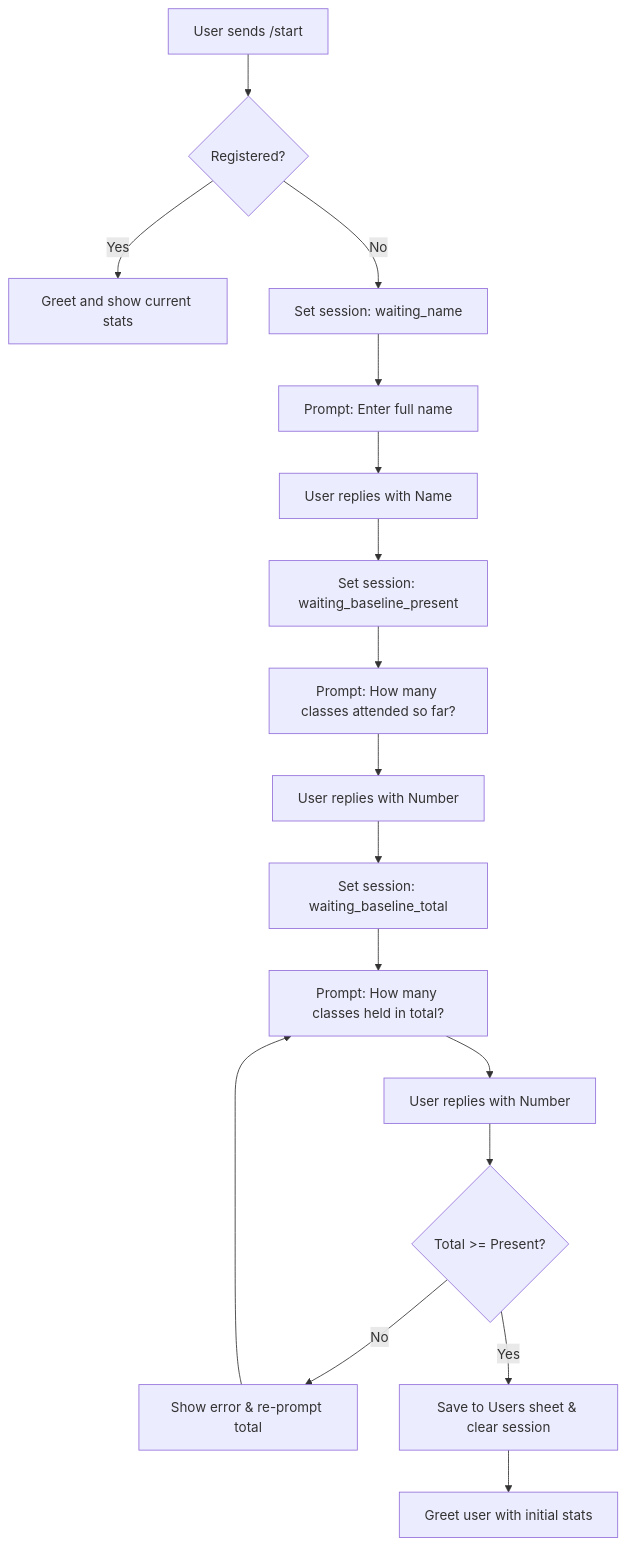
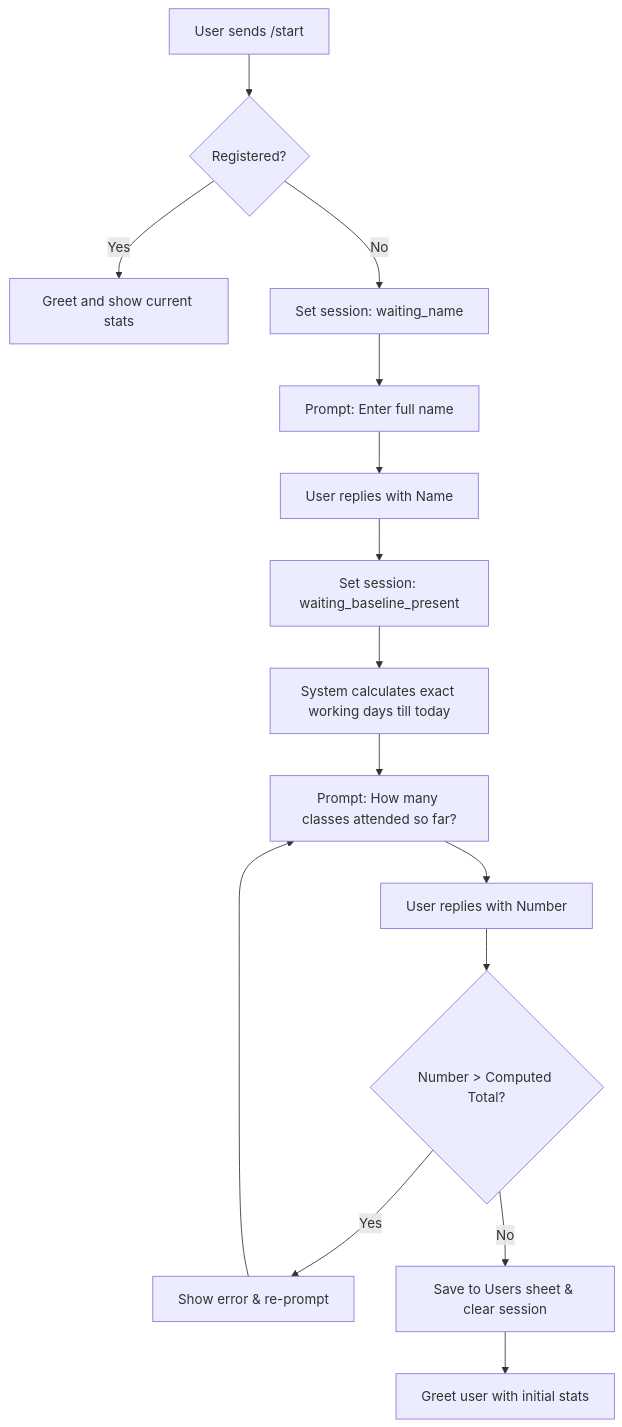
The first of 2 diagrams in PRD.md (SriRamCharan-dev/AttendBuddy), drawn with Mermaid before and after one commit. The commit also changed other lines of this file and 1 other file, not shown here.

Commit message:
docs: update README and PRD to match new onboarding and month-wise logic

````diff
--- a/PRD.md
+++ b/PRD.md
@@ -43,19 +43,17 @@
 ```mermaid
 flowchart TD
     Start[User sends /start] --> Check{Registered?}
     Check -- Yes --> Greet[Greet and show current stats]
     Check -- No --> S1[Set session: waiting_name]
     S1 --> AskName[Prompt: Enter full name]
     AskName --> WaitName[User replies with Name]
     WaitName --> S2[Set session: waiting_baseline_present]
-    S2 --> AskPres[Prompt: How many classes attended so far?]
+    S2 --> CalcTotal[System calculates exact working days till today]
+    CalcTotal --> AskPres[Prompt: How many classes attended so far?]
     AskPres --> WaitPres[User replies with Number]
-    WaitPres --> S3[Set session: waiting_baseline_total]
-    S3 --> AskTotal[Prompt: How many classes held in total?]
-    AskTotal --> WaitTotal[User replies with Number]
-    WaitTotal --> Verify{Total >= Present?}
-    Verify -- No --> Err[Show error & re-prompt total]
-    Err --> AskTotal
-    Verify -- Yes --> Save[Save to Users sheet & clear session]
+    WaitPres --> Verify{Number > Computed Total?}
+    Verify -- Yes --> Err[Show error & re-prompt]
+    Err --> AskPres
+    Verify -- No --> Save[Save to Users sheet & clear session]
     Save --> Success[Greet user with initial stats]
 ```
````
